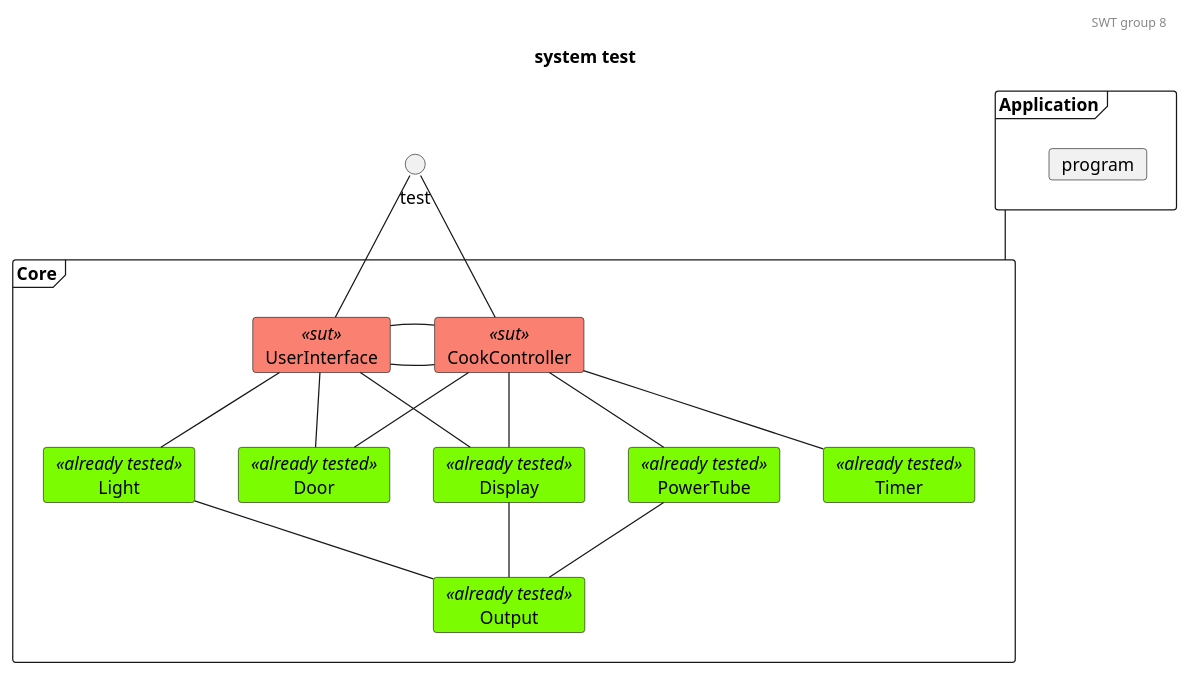
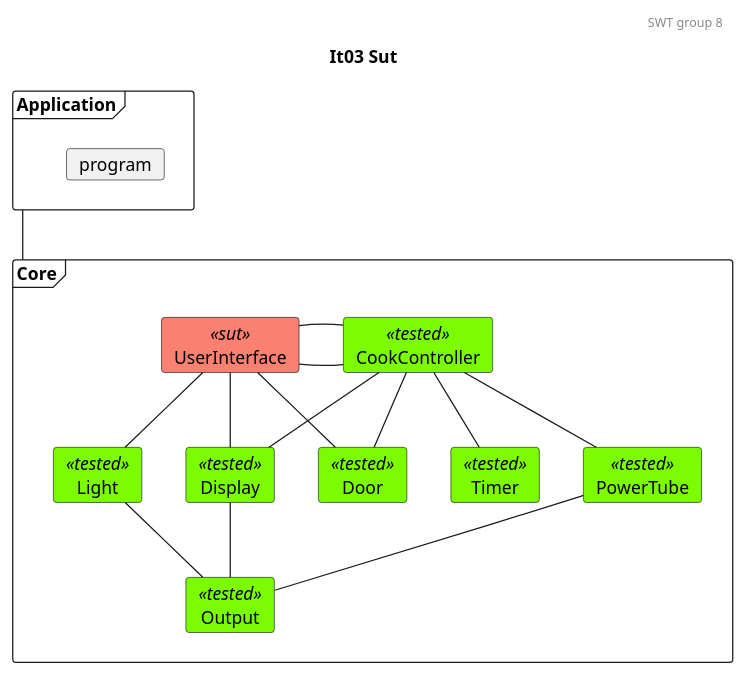
One commit to mikkel-ol/I4SWT-MicrowaveOven changed the diagram in docs/SysTestTree3.plantuml. Above: the diagram before and after it, drawn with PlantUML. The commit also changed 3 other files, not shown here.

```diff
--- a/docs/SysTestTree3.plantuml
+++ b/docs/SysTestTree3.plantuml
@@ -1,62 +1,57 @@
 @startuml
 
 'Testing colors:
 skinparam card{
-    backgroundColor<<already tested>> lawngreen
+    backgroundColor<<tested>> lawngreen
     backgroundColor<<sut>> salmon
     'backgroundColor<<tested>> gold
 }
 
 header SWT group 8
-title system test
+title It03 Sut
 
 frame Application{
     card program
 }
 
 frame Core{
     card UserInterface<<sut>>
-    card CookController<<sut>>
+    card CookController<<tested>>
 
-    card Door<<already tested>>
-    card Light<<already tested>>
-    card Timer<<already tested>>
-    card PowerTube<<already tested>>
-    card Display<<already tested>>
-    card Output<<already tested>>
+    card Door<<tested>>
+    card Light<<tested>>
+    card Timer<<tested>>
+    card PowerTube<<tested>>
+    card Display<<tested>>
+    card Output<<tested>>
 }
-
-'Relaton Test
-test -- UserInterface
-test -- CookController
-
 
 'Relations projects
 ' 0. to 1.
 Application -- Core
 
 'Relations CookController:
 '1.
 CookController - UserInterface
 '1. to 2.
 CookController -- Door
 CookController -- Timer
 CookController -- PowerTube
 CookController -- Display
 
 'Relations UserInterface:
 '1.
 UserInterface - CookController
 '1. to 2.
 UserInterface -- Light
 UserInterface -- Door
 UserInterface -- Display
 
 ' Relations 2. to 3.
 Light -- Output
 Display -- Output
 PowerTube -- Output
 
 
 
 @enduml
```
